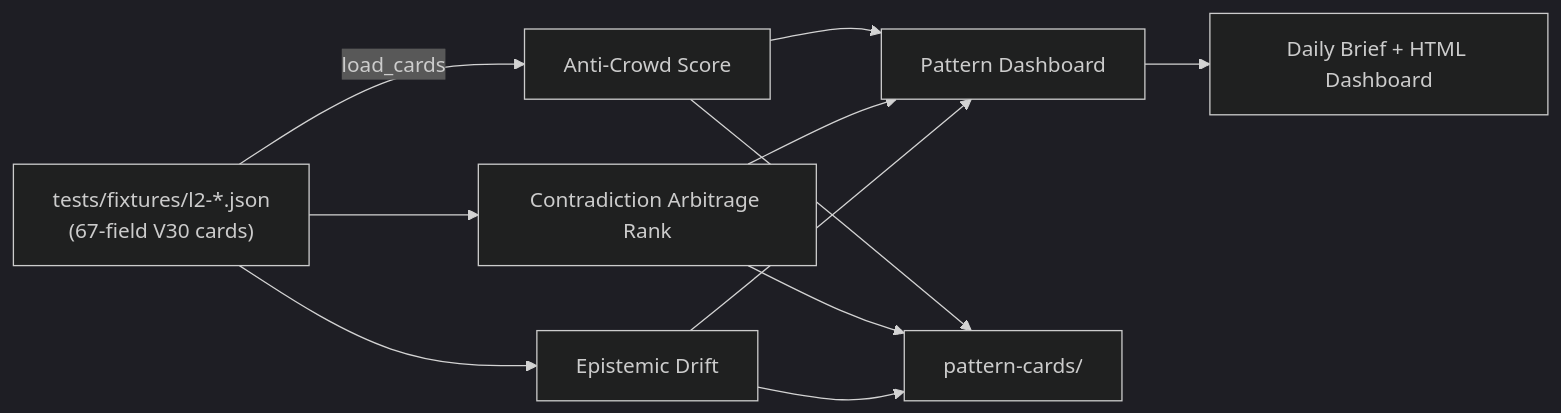
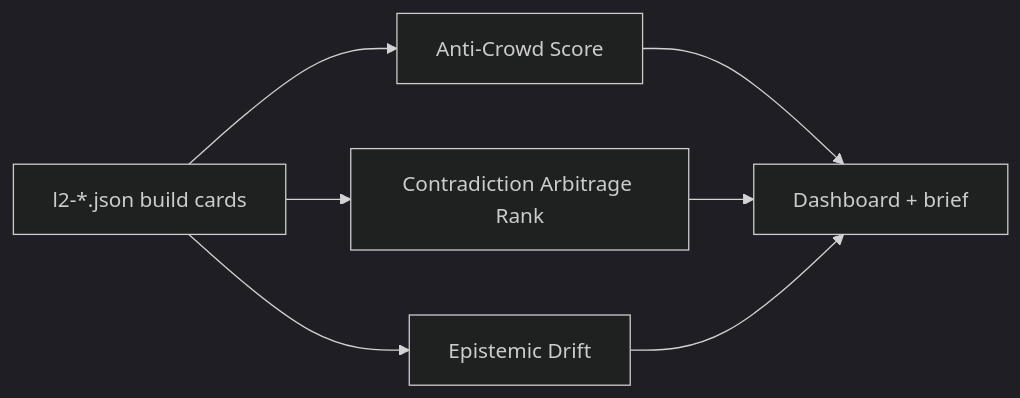
The diagram in README.md (mrodgersjs-web/rig-pattern-engines), drawn with Mermaid (dark theme) before and after one commit. The commit also changed other lines of this file and 1 other file, not shown here.

````diff
--- a/README.md
+++ b/README.md
@@ -25,13 +36,9 @@
 ```mermaid
 flowchart LR
-    Cards["tests/fixtures/l2-*.json<br/>(67-field V30 cards)"] -->|load_cards| ACS["Anti-Crowd Score"]
+    Cards["l2-*.json build cards"] --> ACS["Anti-Crowd Score"]
     Cards --> CAR["Contradiction Arbitrage Rank"]
     Cards --> Drift["Epistemic Drift"]
-    ACS --> Dashboard["Pattern Dashboard"]
-    CAR --> Dashboard
-    Drift --> Dashboard
-    Dashboard --> Brief["Daily Brief + HTML Dashboard"]
-    ACS --> CardsOut["pattern-cards/"]
-    CAR --> CardsOut
-    Drift --> CardsOut
+    ACS --> Dash["Dashboard + brief"]
+    CAR --> Dash
+    Drift --> Dash
 ```
````
